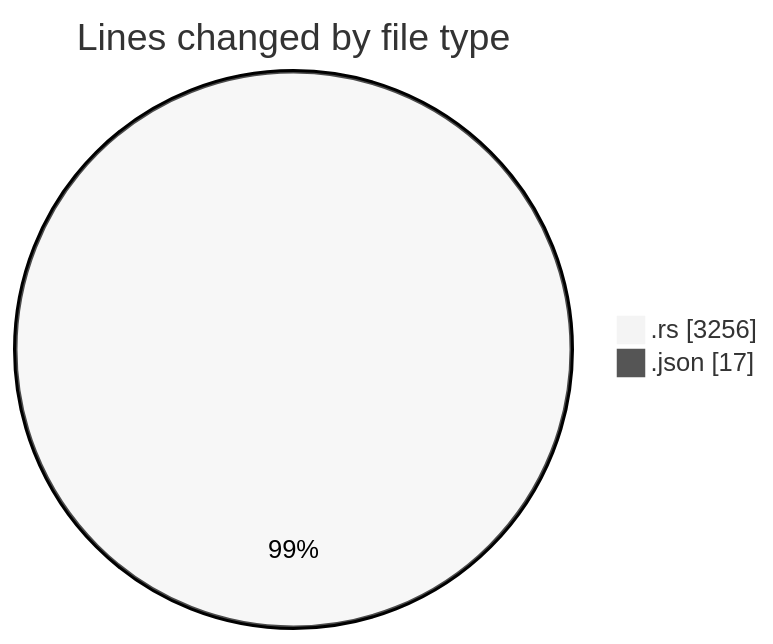
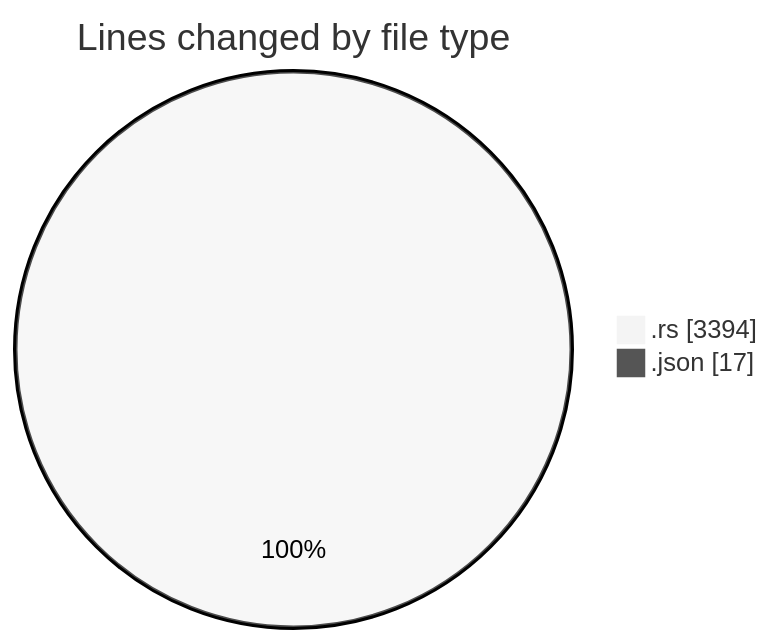
The first of 2 diagrams in 2025-12-28/rust/README.md (Ritupan-Deka/code-tracking), drawn with Mermaid (neutral theme) before and after one commit. The commit also changed other lines of this file and 1 other file, not shown here.

````diff
--- a/2025-12-28/rust/README.md
+++ b/2025-12-28/rust/README.md
@@ -22,6 +22,6 @@
 ```mermaid
 pie showData
 title Lines changed by file type
-".rs" : 3256
+".rs" : 3394
 ".json" : 17
 ```
````
